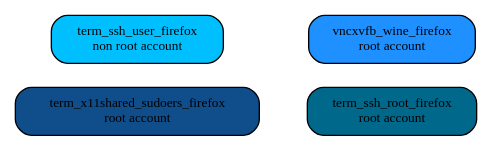
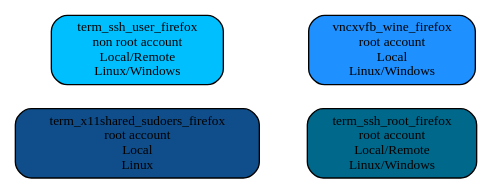
One commit to marchandd/docker_index changed the diagram in graph1.dot. Above: the diagram before and after it, drawn with Graphviz. The commit also changed 7 other files, not shown here.

```diff
--- a/graph1.dot
+++ b/graph1.dot
@@ -1,11 +1,11 @@
 digraph docker
 {
  rankdir=LR;
- "term_x11shared_sudoers_firefox" [label="term_x11shared_sudoers_firefox\nroot account",shape=box,fillcolor="dodgerblue4",style="filled,rounded", fontsize="10.0"];
- "vncxvfb_wine_firefox" [label="vncxvfb_wine_firefox\nroot account",shape=box,fillcolor="dodgerblue",style="filled,rounded", fontsize="10.0"];
- "term_ssh_root_firefox" [label="term_ssh_root_firefox\nroot account",shape=box,fillcolor="deepskyblue4",style="filled,rounded", fontsize="10.0"];
- "term_ssh_user_firefox" [label="term_ssh_user_firefox\nnon root account",shape=box,fillcolor="deepskyblue",style="filled,rounded", fontsize="10.0"];
+ "term_x11shared_sudoers_firefox" [label="term_x11shared_sudoers_firefox\nroot account\nLocal\nLinux",shape=box,fillcolor="dodgerblue4",style="filled,rounded", fontsize="10.0"];
+ "vncxvfb_wine_firefox" [label="vncxvfb_wine_firefox\nroot account\nLocal\nLinux/Windows",shape=box,fillcolor="dodgerblue",style="filled,rounded", fontsize="10.0"];
+ "term_ssh_root_firefox" [label="term_ssh_root_firefox\nroot account\nLocal/Remote\nLinux/Windows",shape=box,fillcolor="deepskyblue4",style="filled,rounded", fontsize="10.0"];
+ "term_ssh_user_firefox" [label="term_ssh_user_firefox\nnon root account\nLocal/Remote\nLinux/Windows",shape=box,fillcolor="deepskyblue",style="filled,rounded", fontsize="10.0"];
  "term_x11shared_sudoers_firefox" -> "term_ssh_root_firefox" [style="invis"];
  "term_x11shared_sudoers_firefox" -> "vncxvfb_wine_firefox" [style="invis"];
  "term_ssh_root_firefox" -> "term_x11shared_sudoers_firefox" [style="invis"];
 }
```
